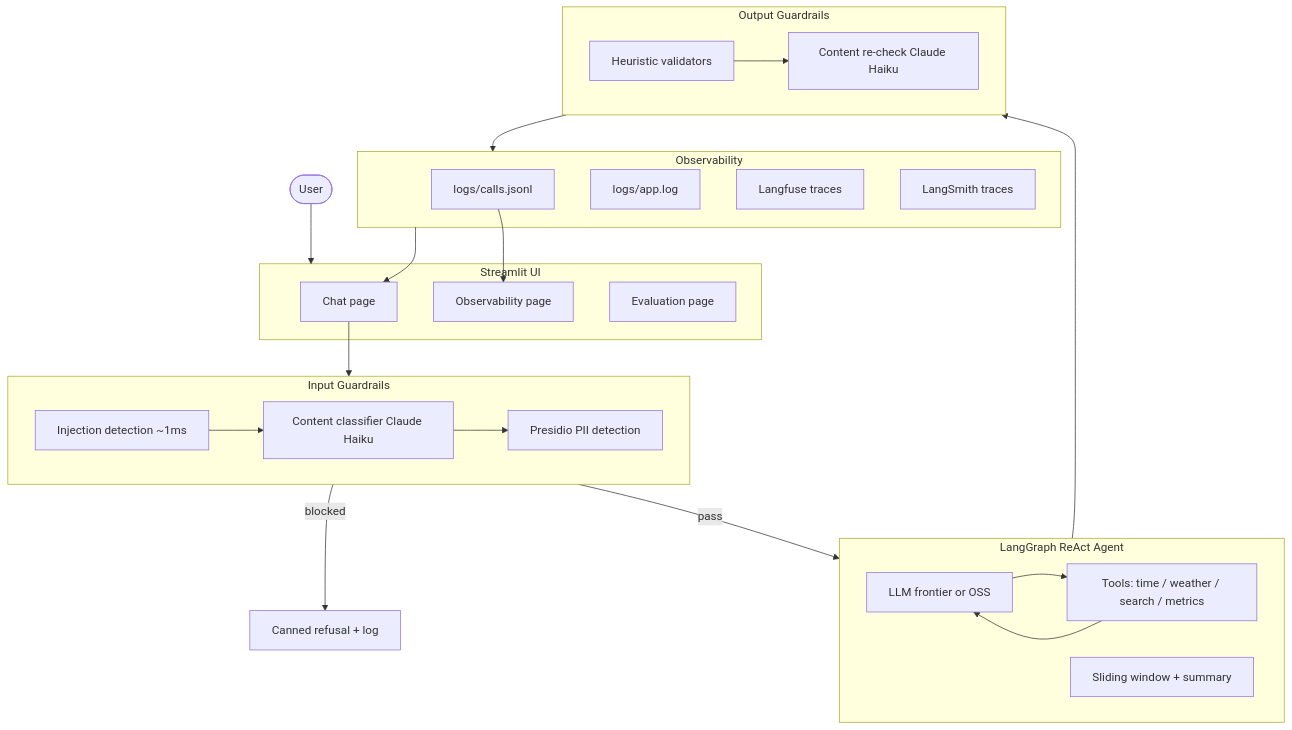
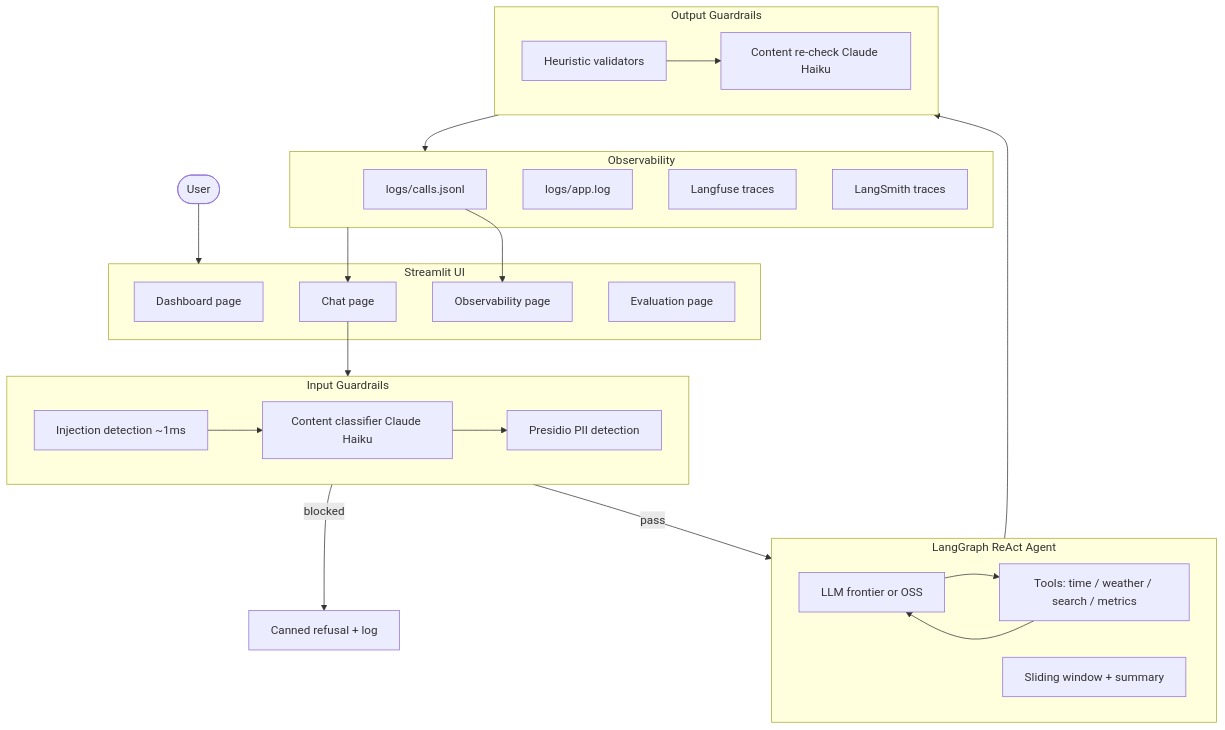
One commit to jaspal-singh-13/AI-assistant changed the diagram in README.md. Above: the diagram before and after it, drawn with Mermaid. The commit also changed other lines of this file and 14 other files, not shown here.

````diff
--- a/README.md
+++ b/README.md
@@ -65,49 +65,50 @@
 ```mermaid
 flowchart TD
     User([User]) --> StreamlitUI
 
     subgraph StreamlitUI [Streamlit UI]
+        Dash[Dashboard page]
         Chat[Chat page]
         Obs[Observability page]
         Eval[Evaluation page]
     end
 
     Chat --> InputGuard
 
     subgraph InputGuard [Input Guardrails]
         I1[Injection detection ~1ms]
         I2[Content classifier Claude Haiku]
         I3[Presidio PII detection]
         I1 --> I2 --> I3
     end
 
     InputGuard -->|blocked| CannedRefusal[Canned refusal + log]
     InputGuard -->|pass| Agent
 
     subgraph Agent [LangGraph ReAct Agent]
         LLM[LLM frontier or OSS]
         Tools[Tools: time / weather / search / metrics]
         Memory[Sliding window + summary]
         LLM --> Tools --> LLM
     end
 
     Agent --> OutputGuard
 
     subgraph OutputGuard [Output Guardrails]
         O1[Heuristic validators]
         O2[Content re-check Claude Haiku]
         O1 --> O2
     end
 
     OutputGuard --> Logger
 
     subgraph Logger [Observability]
         JSONL[logs/calls.jsonl]
         AppLog[logs/app.log]
         Langfuse[Langfuse traces]
         LangSmith[LangSmith traces]
     end
 
     Logger --> Chat
     JSONL --> Obs
 ```
````
